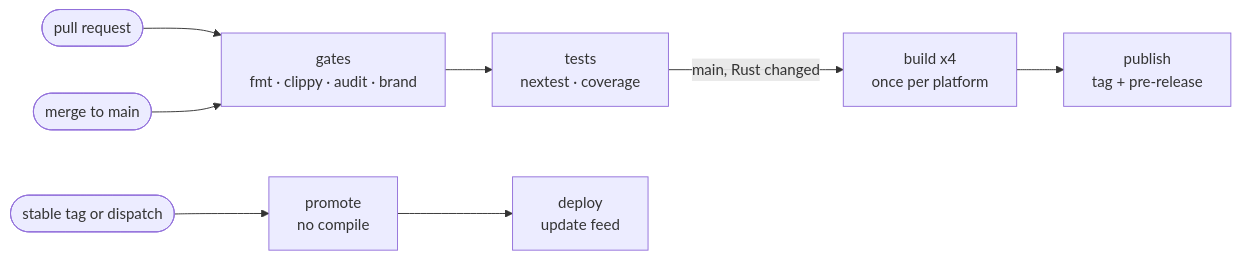
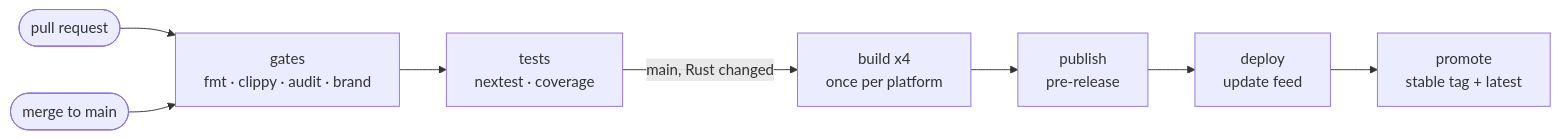
Before and after one commit to imabee101/cortex: the second of 2 diagrams in README.md, drawn with Mermaid. The commit also changed other lines of this file and 2 other files, not shown here.

Commit message:
Deploy and promote every main build without a manual tag. (#7)

````diff
--- a/README.md
+++ b/README.md
@@ -52,7 +52,7 @@
 ```mermaid
 flowchart LR
   P(["pull request"]) --> G["gates<br/>fmt · clippy · audit · brand"] --> T["tests<br/>nextest · coverage"]
   M(["merge to main"]) --> G
-  T -- "main, Rust changed" --> B["build x4<br/>once per platform"] --> R["publish<br/>tag + pre-release"]
-  S(["stable tag or dispatch"]) --> PR["promote<br/>no compile"] --> D["deploy<br/>update feed"]
+  T -- "main, Rust changed" --> B["build x4<br/>once per platform"] --> R["publish<br/>pre-release"]
+  R --> D["deploy<br/>update feed"] --> PR["promote<br/>stable tag + latest"]
 ```
````
